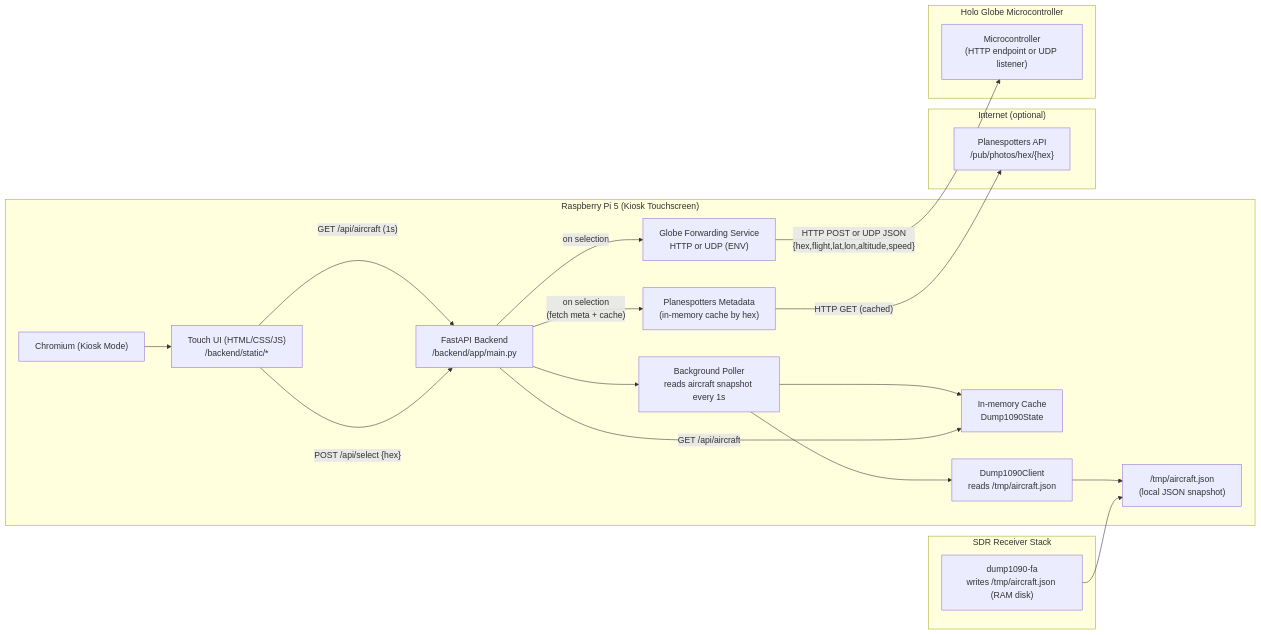
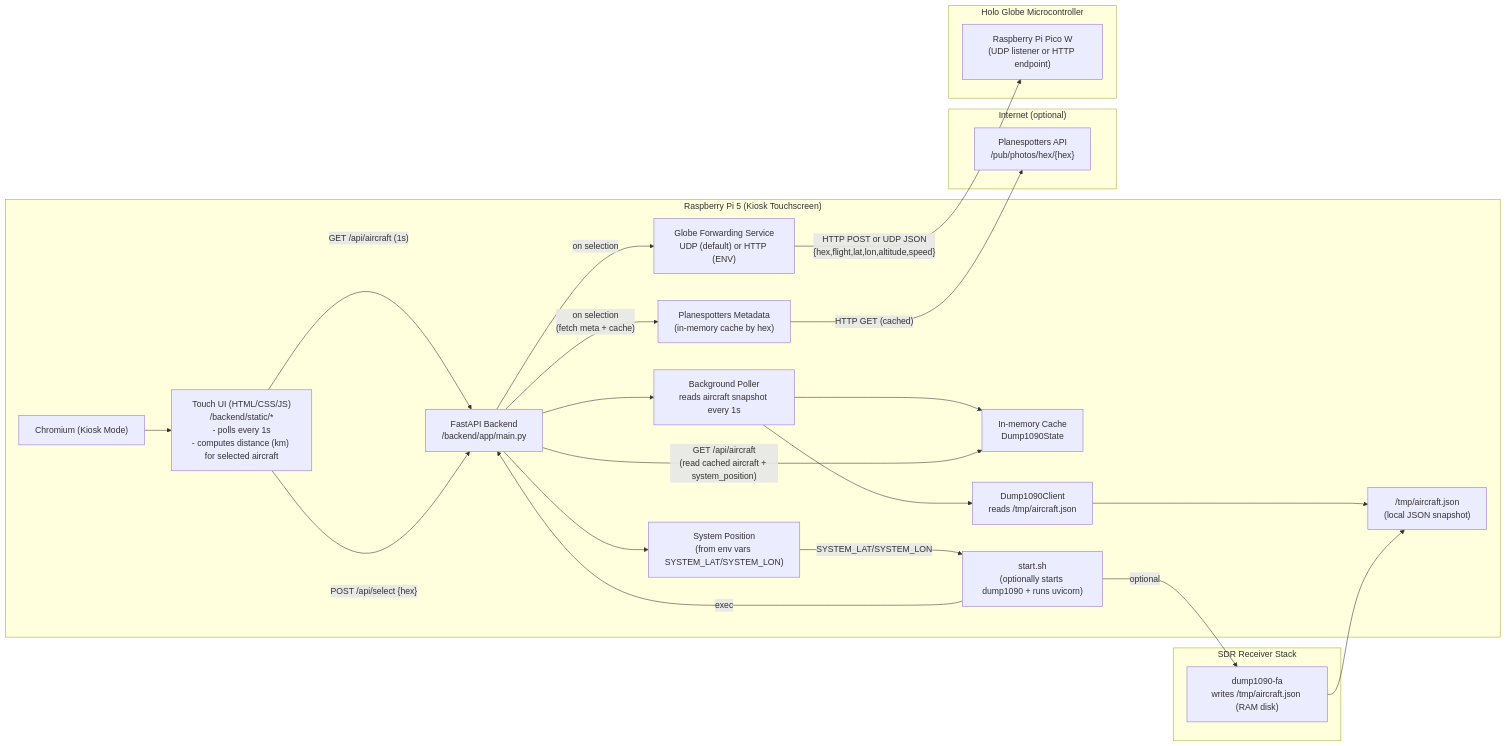
The diagram in architecture.md (EmbSyst/in-plane-sight), drawn with Mermaid before and after one commit. The commit also changed 2 other files, not shown here.

Commit message:
feat: default to starting dump1090 and support system position for UI
- Change default START_DUMP1090 from 0 to 1 to automatically start dump1090-fa
- Simplify dump1090 command handling to use the system-installed dump1090-fa alias
- Add source ~/.bashrc and expand_aliases to ensure alias availability
- Update documentation to explain system position (SYSTEM_LAT/SYSTEM_LON) usage for distance calculation in UI
- Update architecture diagram to reflect new system position flow and dump1090 integration

````diff
--- a/architecture.md
+++ b/architecture.md
@@ -1,44 +1,51 @@
 ```mermaid
 %% Application architecture (render with Mermaid / mermaid.js)
 flowchart LR
   subgraph RasPi["Raspberry Pi 5 (Kiosk Touchscreen)"]
     Browser["Chromium (Kiosk Mode)"]
-    UI["Touch UI (HTML/CSS/JS)\n/backend/static/*"]
+    UI["Touch UI (HTML/CSS/JS)\n/backend/static/*\n- polls every 1s\n- computes distance (km) for selected aircraft"]
     API["FastAPI Backend\n/backend/app/main.py"]
     Poller["Background Poller\nreads aircraft snapshot every 1s"]
     Cache["In-memory Cache\nDump1090State"]
     DumpClient["Dump1090Client\nreads /tmp/aircraft.json"]
     Snapshot["/tmp/aircraft.json\n(local JSON snapshot)"]
+    SysPos["System Position\n(from env vars SYSTEM_LAT/SYSTEM_LON)"]
     MetaSvc["Planespotters Metadata\n(in-memory cache by hex)"]
-    GlobeSvc["Globe Forwarding Service\nHTTP or UDP (ENV)"]
+    GlobeSvc["Globe Forwarding Service\nUDP (default) or HTTP (ENV)"]
+    StartScript["start.sh\n(optionally starts dump1090 + runs uvicorn)"]
   end
 
   subgraph SDR["SDR Receiver Stack"]
     Dump1090["dump1090-fa\nwrites /tmp/aircraft.json (RAM disk)"]
   end
 
   subgraph Internet["Internet (optional)"]
     Planespotters["Planespotters API\n/pub/photos/hex/{hex}"]
   end
 
   subgraph Globe["Holo Globe Microcontroller"]
-    MCU["Microcontroller\n(HTTP endpoint or UDP listener)"]
+    MCU["Raspberry Pi Pico W\n(UDP listener or HTTP endpoint)"]
   end
 
   Browser --> UI
   UI -->|"GET /api/aircraft (1s)"| API
   UI -->|"POST /api/select {hex}"| API
 
   API --> Poller
   Poller --> Cache
   Poller --> DumpClient
   DumpClient --> Snapshot
   Dump1090 --> Snapshot
-  API -->|"GET /api/aircraft"| Cache
+  API -->|"GET /api/aircraft\n(read cached aircraft + system_position)"| Cache
+  API --> SysPos
+  SysPos -->|"SYSTEM_LAT/SYSTEM_LON"| StartScript
 
   API -->|"on selection\n(fetch meta + cache)"| MetaSvc
   MetaSvc -->|"HTTP GET (cached)"| Planespotters
 
   API -->|"on selection"| GlobeSvc
   GlobeSvc -->|"HTTP POST or UDP JSON\n{hex,flight,lat,lon,altitude,speed}"| MCU
+
+  StartScript -->|"optional"| Dump1090
+  StartScript -->|"exec"| API
 ```
````
